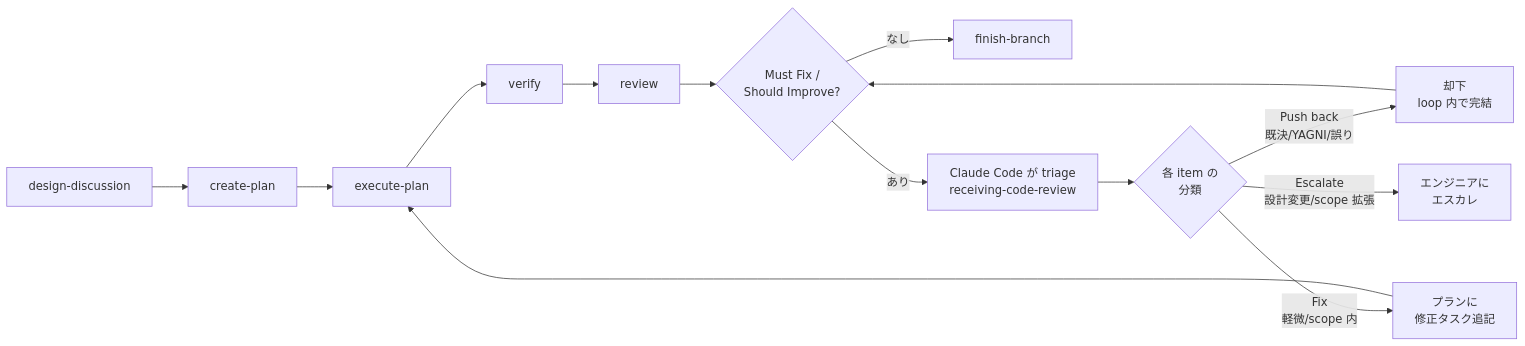
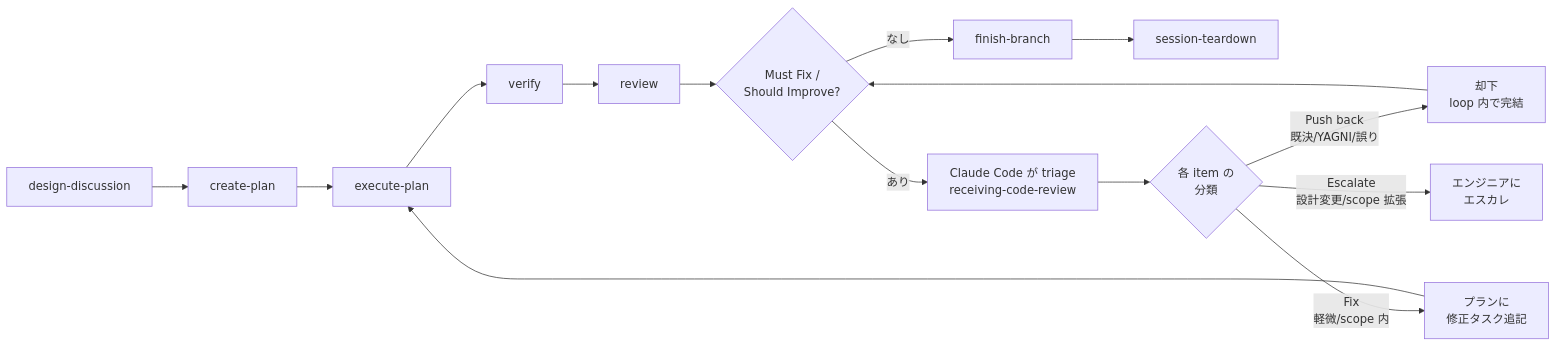
One commit to CityBear3/dotfiles changed the diagram in claude/CLAUDE.md. Above: the diagram before and after it, drawn with Mermaid. The commit also changed other lines of this file and 5 other files, not shown here.

First line of the commit message:
Add: session-teardown skill and wire it into the workflow

````diff
--- a/claude/CLAUDE.md
+++ b/claude/CLAUDE.md
@@ -76,16 +76,17 @@
 ```mermaid
 flowchart LR
     A[design-discussion] --> B[create-plan]
     B --> C[execute-plan]
     C --> D[verify]
     D --> E[review]
     E --> G{Must Fix /<br/>Should Improve?}
     G -->|なし| F[finish-branch]
+    F --> K[session-teardown]
     G -->|あり| J[Claude Code が triage<br/>receiving-code-review]
     J --> M{各 item の<br/>分類}
     M -->|Push back<br/>既決/YAGNI/誤り| N[却下<br/>loop 内で完結]
     M -->|Fix<br/>軽微/scope 内| H[プランに<br/>修正タスク追記]
     M -->|Escalate<br/>設計変更/scope 拡張| L[エンジニアに<br/>エスカレ]
     H --> C
     N --> G
 ```
````
